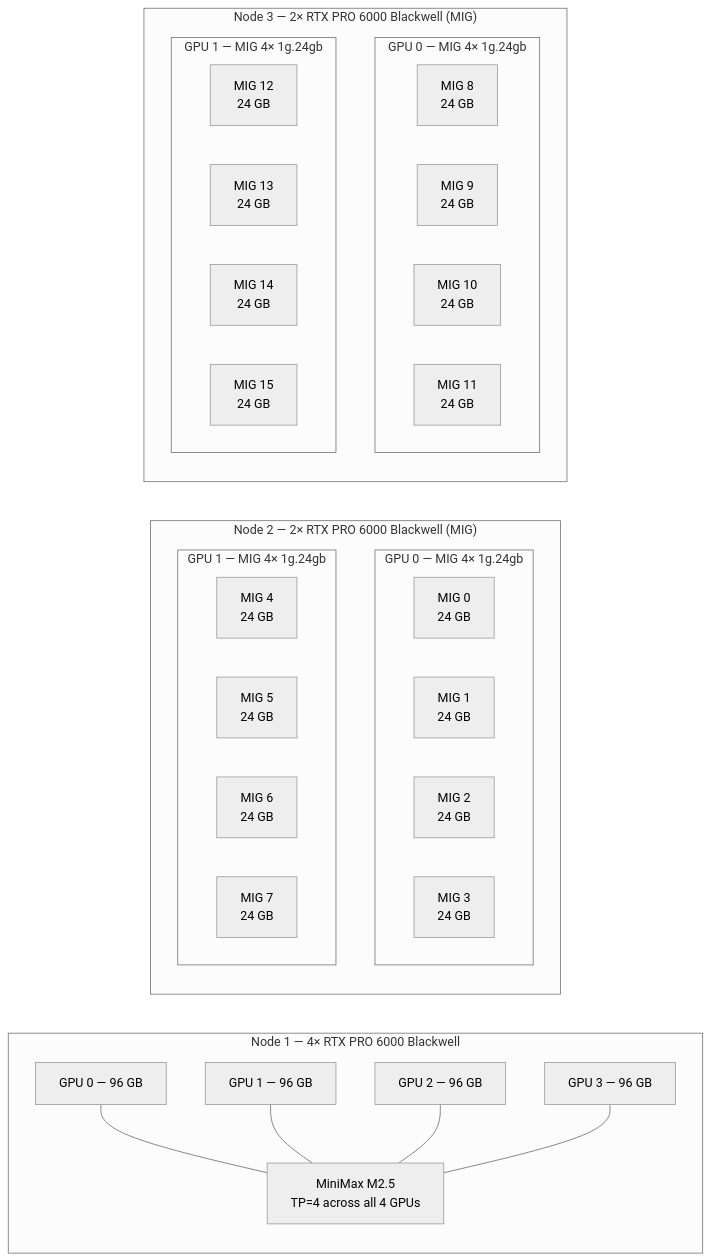
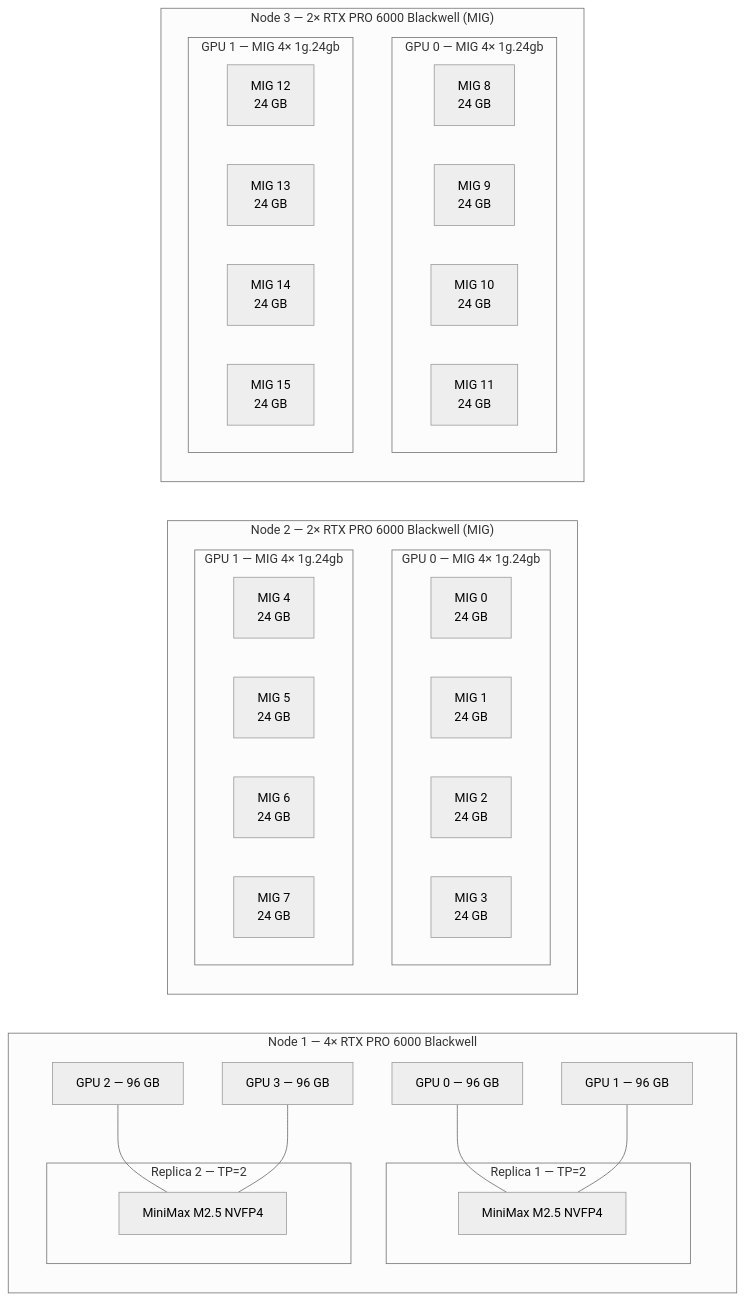
Before and after one commit to akamai-developers/multimodal-kuberay: the second of 3 diagrams in README.md, drawn with Mermaid (neutral theme). The commit also changed other lines of this file and 10 other files, not shown here.

````diff
--- a/README.md
+++ b/README.md
@@ -87,44 +88,49 @@
 ```mermaid
 graph LR
     subgraph Node1["Node 1 — 4× RTX PRO 6000 Blackwell"]
         GPU0["GPU 0 — 96 GB"]
         GPU1["GPU 1 — 96 GB"]
         GPU2["GPU 2 — 96 GB"]
         GPU3["GPU 3 — 96 GB"]
-        MM["MiniMax M2.5<br/>TP=4 across all 4 GPUs"]
-        GPU0 --- MM
-        GPU1 --- MM
-        GPU2 --- MM
-        GPU3 --- MM
+        subgraph R1["Replica 1 — TP=2"]
+            MM1["MiniMax M2.5 NVFP4"]
+        end
+        subgraph R2["Replica 2 — TP=2"]
+            MM2["MiniMax M2.5 NVFP4"]
+        end
+        GPU0 --- MM1
+        GPU1 --- MM1
+        GPU2 --- MM2
+        GPU3 --- MM2
     end
 
     subgraph Node2["Node 2 — 2× RTX PRO 6000 Blackwell (MIG)"]
         subgraph GPU4["GPU 0 — MIG 4× 1g.24gb"]
             M0["MIG 0<br/>24 GB"]
             M1["MIG 1<br/>24 GB"]
             M2["MIG 2<br/>24 GB"]
             M3["MIG 3<br/>24 GB"]
         end
         subgraph GPU5["GPU 1 — MIG 4× 1g.24gb"]
             M4["MIG 4<br/>24 GB"]
             M5["MIG 5<br/>24 GB"]
             M6["MIG 6<br/>24 GB"]
             M7["MIG 7<br/>24 GB"]
         end
     end
 
     subgraph Node3["Node 3 — 2× RTX PRO 6000 Blackwell (MIG)"]
         subgraph GPU6["GPU 0 — MIG 4× 1g.24gb"]
             M8["MIG 8<br/>24 GB"]
             M9["MIG 9<br/>24 GB"]
             M10["MIG 10<br/>24 GB"]
             M11["MIG 11<br/>24 GB"]
         end
         subgraph GPU7["GPU 1 — MIG 4× 1g.24gb"]
             M12["MIG 12<br/>24 GB"]
             M13["MIG 13<br/>24 GB"]
             M14["MIG 14<br/>24 GB"]
             M15["MIG 15<br/>24 GB"]
         end
     end
 ```
````
